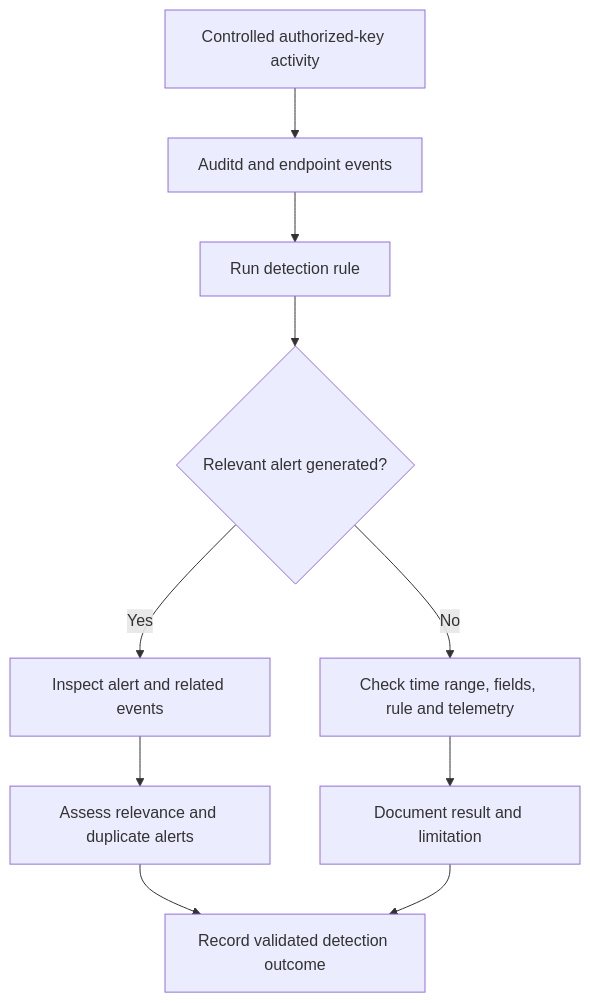
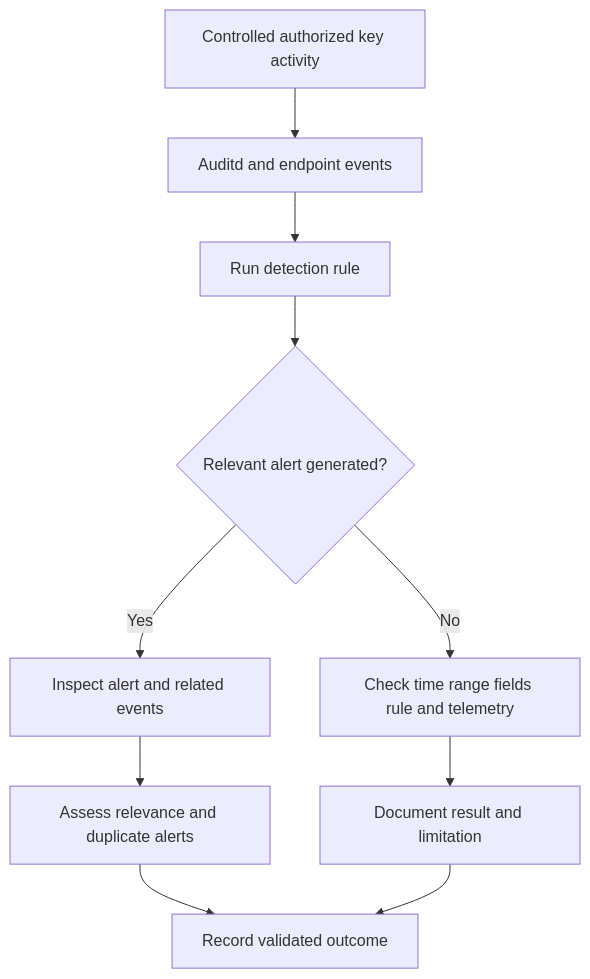
The sixth of 10 diagrams in 02-scenario/README.md (KdMenon007/CatchMe-SOC-Project-01), drawn with Mermaid before and after one commit. The commit also changed other lines of this file, not shown here.

````diff
--- a/02-scenario/README.md
+++ b/02-scenario/README.md
@@ -332,12 +332,12 @@
 ```mermaid
 flowchart TD
-    A["Controlled authorized-key activity"] --> B["Auditd and endpoint events"]
-    B --> C["Run detection rule"]
-    C --> D{"Relevant alert generated?"}
-    D -->|Yes| E["Inspect alert and related events"]
-    D -->|No| F["Check time range, fields, rule and telemetry"]
-    E --> G["Assess relevance and duplicate alerts"]
-    F --> H["Document result and limitation"]
-    G --> I["Record validated detection outcome"]
+    A[Controlled authorized key activity] --> B[Auditd and endpoint events]
+    B --> C[Run detection rule]
+    C --> D{Relevant alert generated?}
+    D -->|Yes| E[Inspect alert and related events]
+    D -->|No| F[Check time range fields rule and telemetry]
+    E --> G[Assess relevance and duplicate alerts]
+    F --> H[Document result and limitation]
+    G --> I[Record validated outcome]
     H --> I
 ```
````
